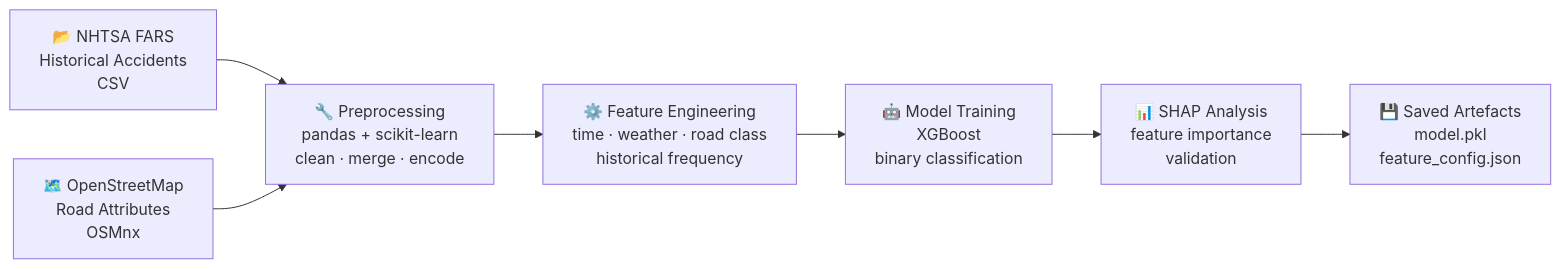
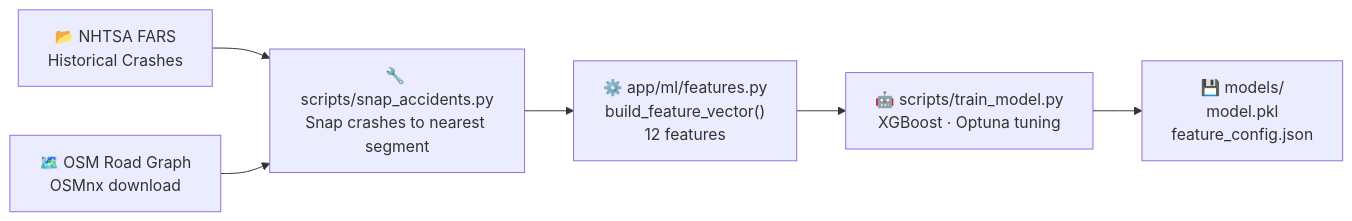
Before and after one commit to Chanu716/STRIVE: the second of 5 diagrams in README.md, drawn with Mermaid. The commit also changed other lines of this file and 1 other file, not shown here.

````diff
--- a/README.md
+++ b/README.md
@@ -117,10 +153,9 @@
 ```mermaid
 flowchart LR
-    A["📂 NHTSA FARS\nHistorical Accidents\nCSV"] --> C
-    B["🗺️ OpenStreetMap\nRoad Attributes\nOSMnx"] --> C
-    C["🔧 Preprocessing\npandas + scikit-learn\nclean · merge · encode"] --> D
-    D["⚙️ Feature Engineering\ntime · weather · road class\nhistorical frequency"] --> E
-    E["🤖 Model Training\nXGBoost\nbinary classification"] --> F
-    F["📊 SHAP Analysis\nfeature importance\nvalidation"] --> G
-    G["💾 Saved Artefacts\nmodel.pkl\nfeature_config.json"]
+    FARS["📂 NHTSA FARS\nHistorical Crashes"] --> Prep
+    OSM["🗺️ OSM Road Graph\nOSMnx download"] --> Prep
+    Prep["🔧 scripts/snap_accidents.py\nSnap crashes to nearest segment"] --> FE
+    FE["⚙️ app/ml/features.py\nbuild_feature_vector()\n12 features"] --> Train
+    Train["🤖 scripts/train_model.py\nXGBoost · Optuna tuning"] --> Artefacts
+    Artefacts["💾 models/\nmodel.pkl\nfeature_config.json"]
 ```
````
